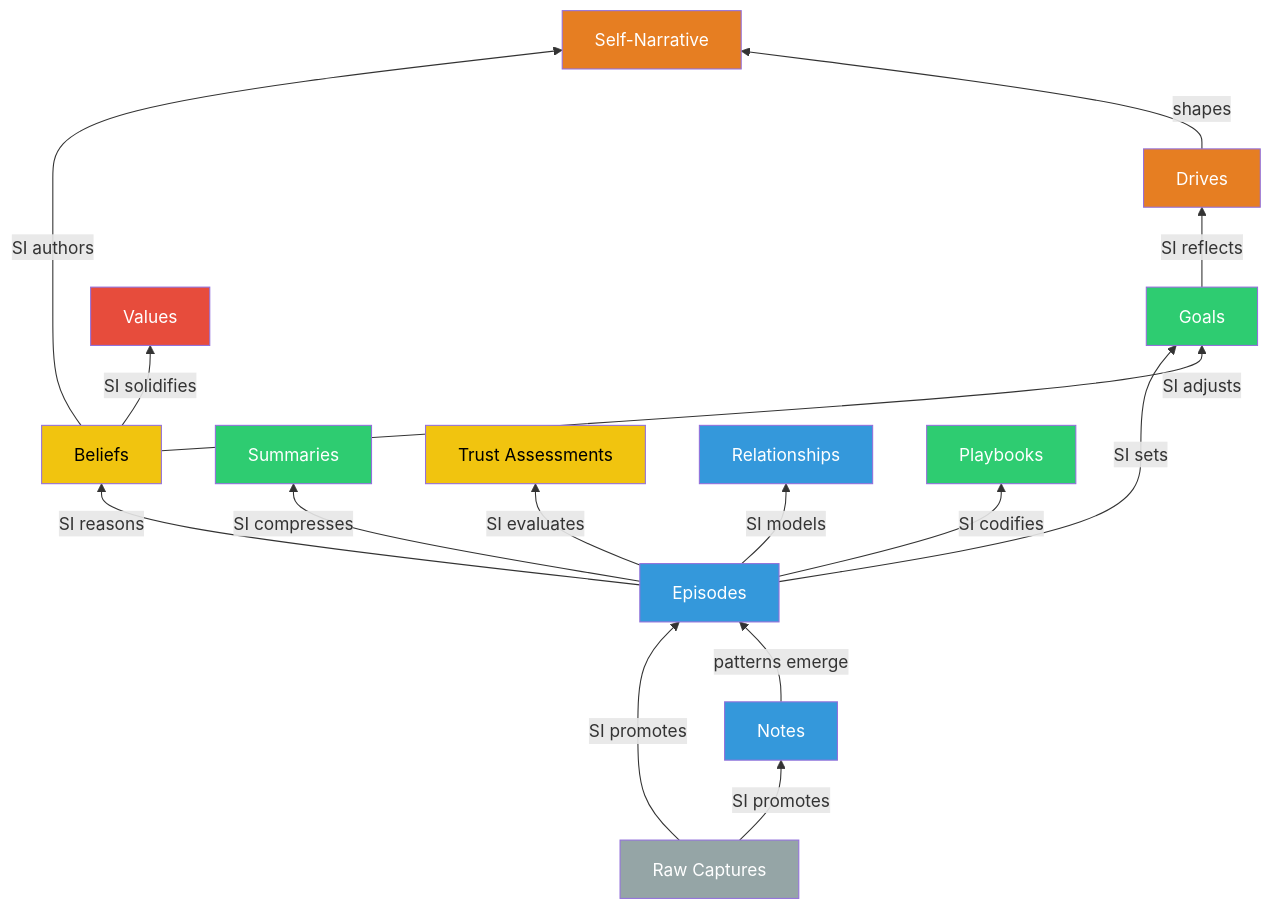
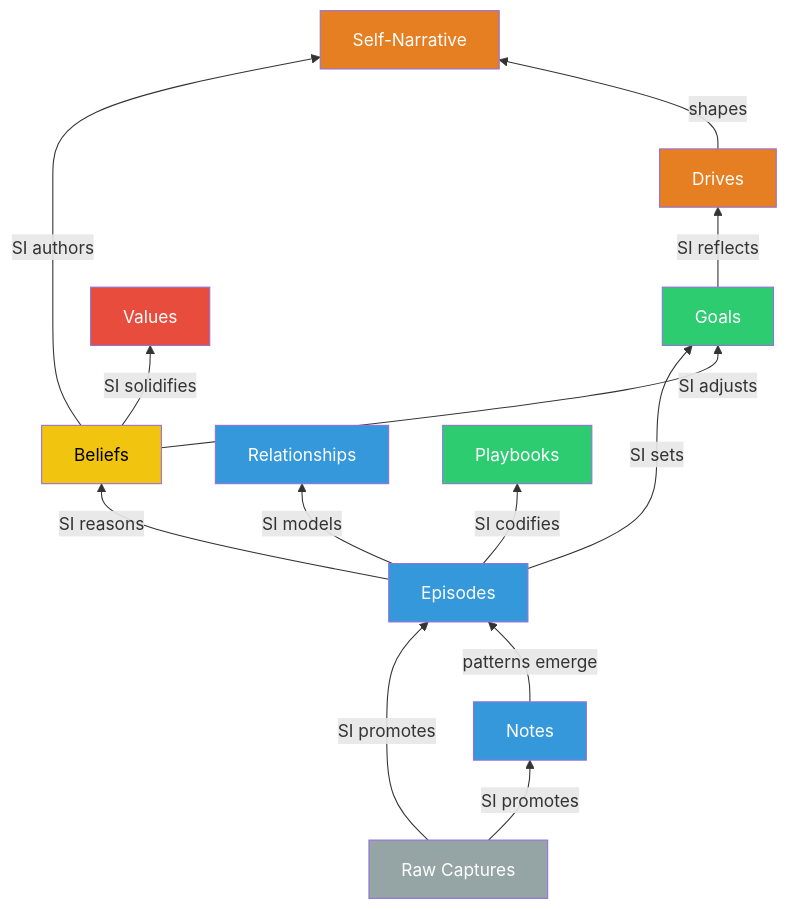
The diagram in docs-site/introduction.mdx (emergent-instruments/kernle), drawn with Mermaid before and after one commit.

Commit message:
docs: simplify intro diagram — remove trust assessments and summaries

````diff
--- a/docs-site/introduction.mdx
+++ b/docs-site/introduction.mdx
@@ -44,30 +44,26 @@
 ```mermaid
 graph BT
   RAW["Raw Captures"] -->|"SI promotes"| NOTES["Notes"]
   RAW -->|"SI promotes"| EP["Episodes"]
   NOTES -->|"patterns emerge"| EP
   EP -->|"SI reasons"| BELIEFS["Beliefs"]
   EP -->|"SI sets"| GOALS["Goals"]
-  EP -->|"SI compresses"| SUMM["Summaries"]
-  EP -->|"SI evaluates"| TRUST["Trust Assessments"]
   EP -->|"SI models"| REL["Relationships"]
   EP -->|"SI codifies"| PLAY["Playbooks"]
   BELIEFS -->|"SI solidifies"| VALUES["Values"]
   BELIEFS -->|"SI adjusts"| GOALS
   GOALS -->|"SI reflects"| DRIVES["Drives"]
   BELIEFS -->|"SI authors"| NARR["Self-Narrative"]
   DRIVES -->|"shapes"| NARR
 
   style VALUES fill:#e74c3c,color:#fff
   style DRIVES fill:#e67e22,color:#fff
   style NARR fill:#e67e22,color:#fff
   style BELIEFS fill:#f1c40f,color:#000
-  style TRUST fill:#f1c40f,color:#000
   style GOALS fill:#2ecc71,color:#fff
-  style SUMM fill:#2ecc71,color:#fff
   style PLAY fill:#2ecc71,color:#fff
   style EP fill:#3498db,color:#fff
   style NOTES fill:#3498db,color:#fff
   style REL fill:#3498db,color:#fff
   style RAW fill:#95a5a6,color:#fff
 ```
````
